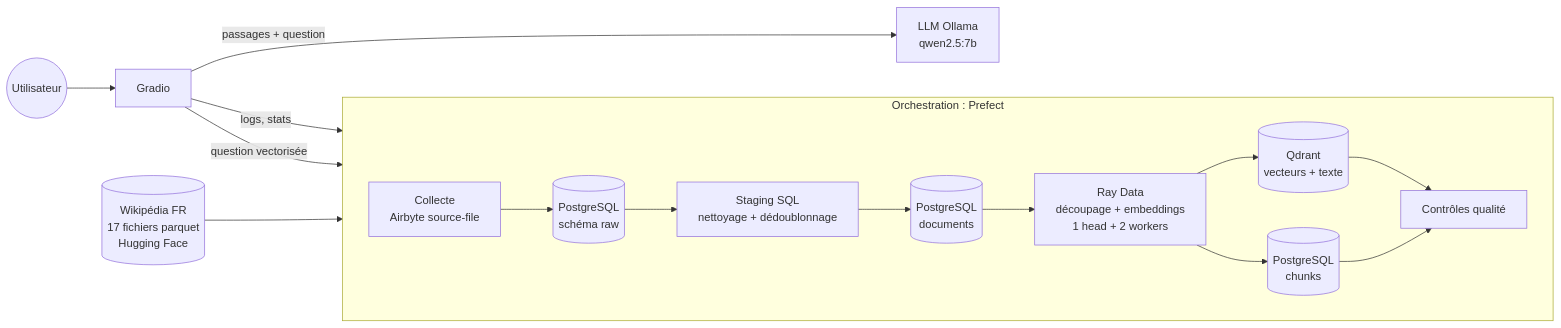
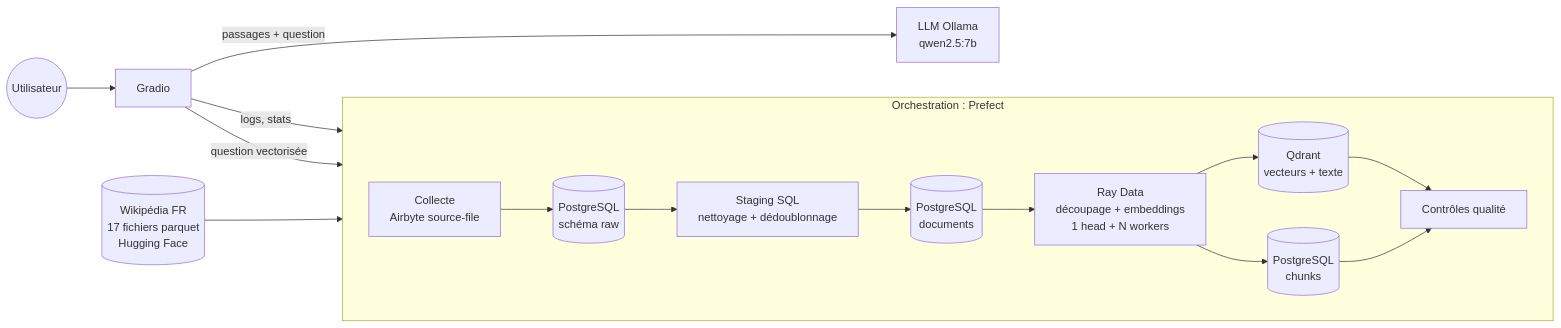
One commit to Anyslouzal/projet-rag-bigdata changed the diagram in README.md. Above: the diagram before and after it, drawn with Mermaid. The commit also changed other lines of this file and 5 other files, not shown here.

````diff
--- a/README.md
+++ b/README.md
@@ -15,20 +15,20 @@
 ```mermaid
 flowchart LR
     HF[(Wikipédia FR<br/>17 fichiers parquet<br/>Hugging Face)]
     subgraph Prefect [Orchestration : Prefect]
         direction LR
         A[Collecte<br/>Airbyte source-file] --> R[(PostgreSQL<br/>schéma raw)]
         R --> S[Staging SQL<br/>nettoyage + dédoublonnage]
         S --> D[(PostgreSQL<br/>documents)]
-        D --> RAY[Ray Data<br/>découpage + embeddings<br/>1 head + 2 workers]
+        D --> RAY[Ray Data<br/>découpage + embeddings<br/>1 head + N workers]
         RAY --> Q[(Qdrant<br/>vecteurs + texte)]
         RAY --> C[(PostgreSQL<br/>chunks)]
         Q --> QC[Contrôles qualité]
         C --> QC
     end
     HF --> A
     U((Utilisateur)) --> G[Gradio]
     G -->|question vectorisée| Q
     G -->|passages + question| L[LLM Ollama<br/>qwen2.5:7b]
     G -->|logs, stats| D
 ```
````
